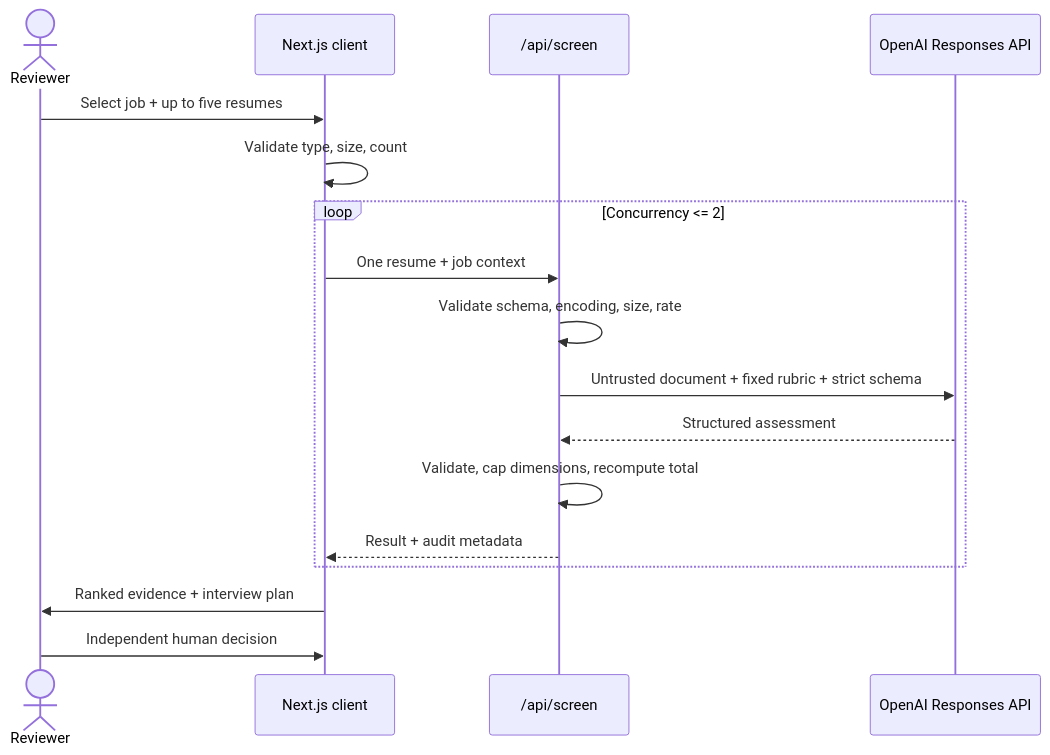
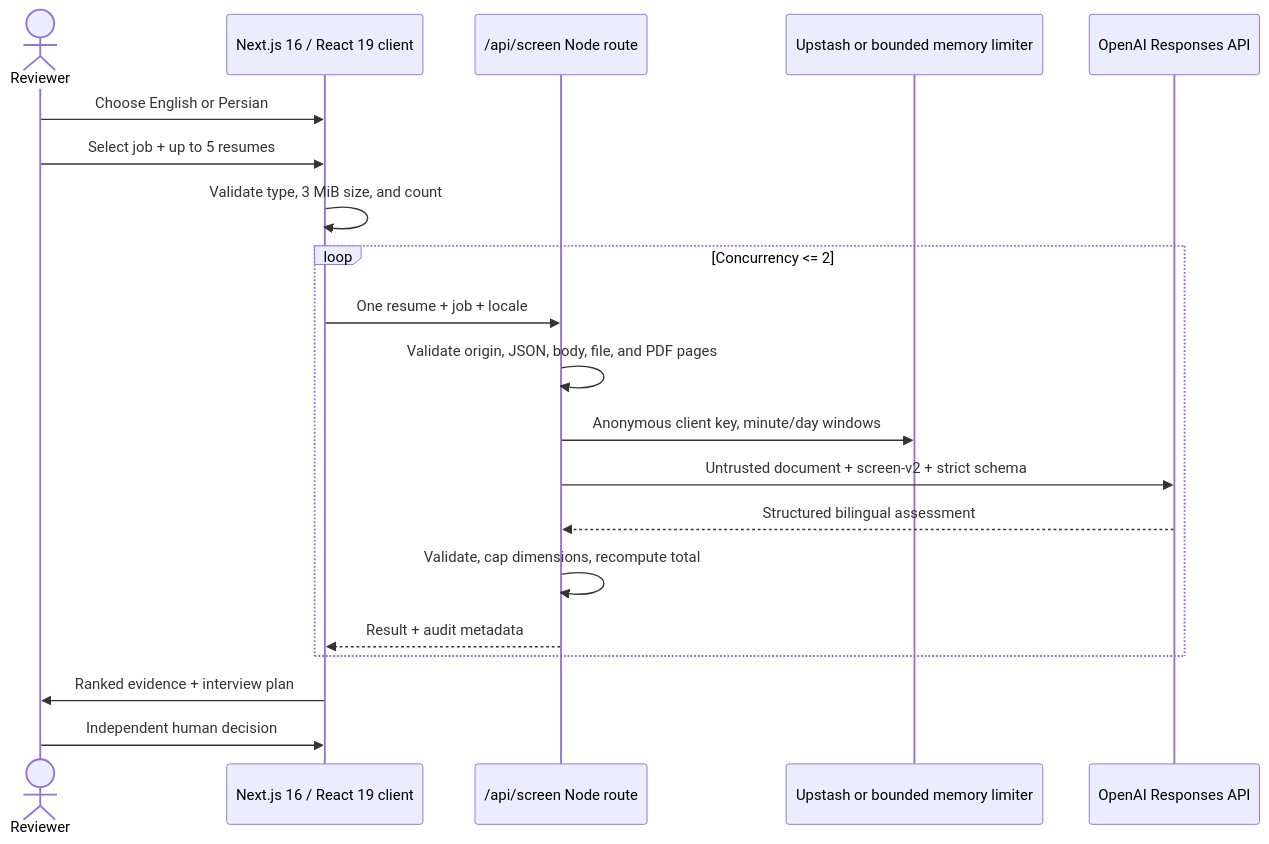
The diagram in docs/ARCHITECTURE.md (VibeATSCoder/ShortList), drawn with Mermaid before and after one commit. The commit also changed other lines of this file and 34 other files, not shown here.

````diff
--- a/docs/ARCHITECTURE.md
+++ b/docs/ARCHITECTURE.md
@@ -7,20 +7,23 @@
 ```mermaid
 sequenceDiagram
   actor Reviewer
-  participant UI as Next.js client
-  participant API as /api/screen
+  participant UI as Next.js 16 / React 19 client
+  participant API as /api/screen Node route
+  participant RL as Upstash or bounded memory limiter
   participant LLM as OpenAI Responses API
 
-  Reviewer->>UI: Select job + up to five resumes
-  UI->>UI: Validate type, size, count
+  Reviewer->>UI: Choose English or Persian
+  Reviewer->>UI: Select job + up to 5 resumes
+  UI->>UI: Validate type, 3 MiB size, and count
   loop Concurrency <= 2
-    UI->>API: One resume + job context
-    API->>API: Validate schema, encoding, size, rate
-    API->>LLM: Untrusted document + fixed rubric + strict schema
-    LLM-->>API: Structured assessment
+    UI->>API: One resume + job + locale
+    API->>API: Validate origin, JSON, body, file, and PDF pages
+    API->>RL: Anonymous client key, minute/day windows
+    API->>LLM: Untrusted document + screen-v2 + strict schema
+    LLM-->>API: Structured bilingual assessment
     API->>API: Validate, cap dimensions, recompute total
     API-->>UI: Result + audit metadata
   end
   UI->>Reviewer: Ranked evidence + interview plan
   Reviewer->>UI: Independent human decision
 ```
````
